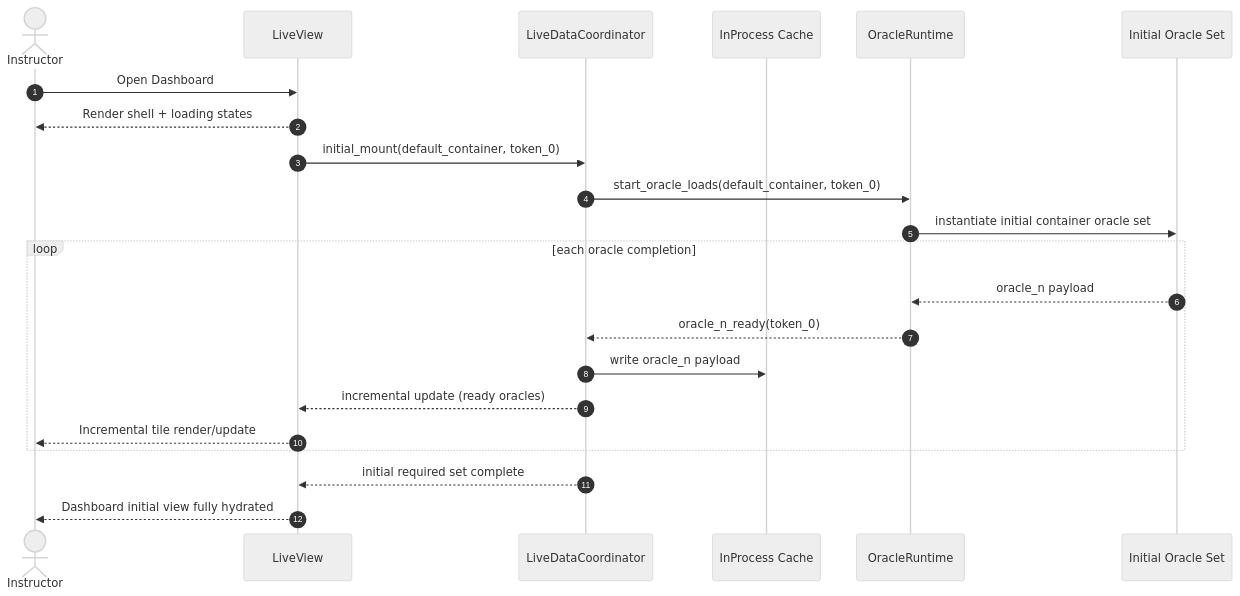
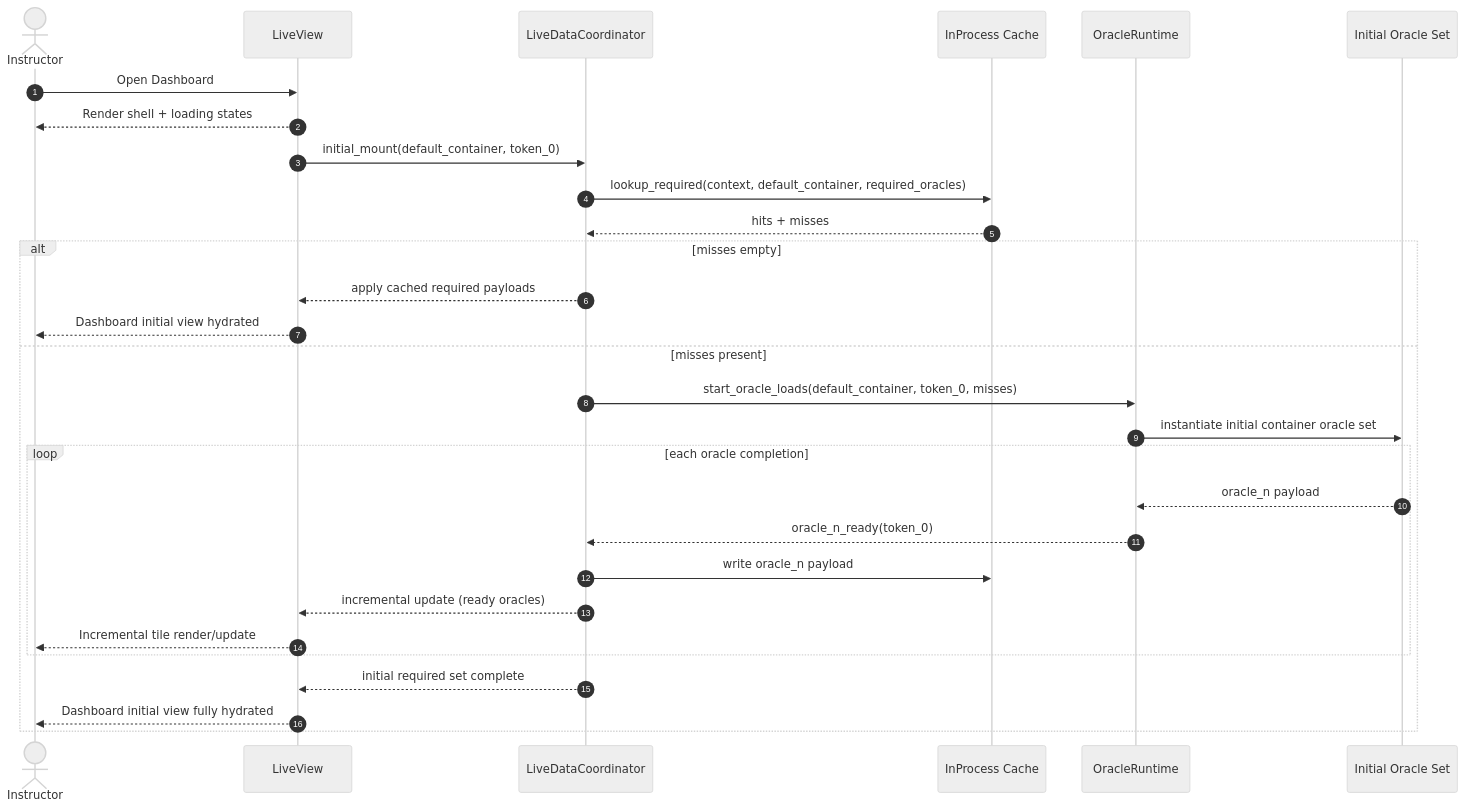
One commit to Simon-Initiative/oli-torus changed the second of 4 diagrams in docs/epics/intelligent_dashboard/edd.md. Above: the diagram before and after it, drawn with Mermaid (neutral theme). The commit also changed other lines of this file and 12 other files, not shown here.

````diff
--- a/docs/epics/intelligent_dashboard/edd.md
+++ b/docs/epics/intelligent_dashboard/edd.md
@@ -123,25 +202,32 @@
 ```mermaid
 sequenceDiagram
     autonumber
     actor U as Instructor
     participant LV as LiveView
     participant LDC as LiveDataCoordinator
     participant IPC as InProcess Cache
     participant OR as OracleRuntime
     participant O as Initial Oracle Set
 
     U->>LV: Open Dashboard
     LV-->>U: Render shell + loading states
     LV->>LDC: initial_mount(default_container, token_0)
-    LDC->>OR: start_oracle_loads(default_container, token_0)
-    OR->>O: instantiate initial container oracle set
-    loop each oracle completion
-        O-->>OR: oracle_n payload
-        OR-->>LDC: oracle_n_ready(token_0)
-        LDC->>IPC: write oracle_n payload
-        LDC-->>LV: incremental update (ready oracles)
-        LV-->>U: Incremental tile render/update
+    LDC->>IPC: lookup_required(context, default_container, required_oracles)
+    IPC-->>LDC: hits + misses
+    alt misses empty
+        LDC-->>LV: apply cached required payloads
+        LV-->>U: Dashboard initial view hydrated
+    else misses present
+        LDC->>OR: start_oracle_loads(default_container, token_0, misses)
+        OR->>O: instantiate initial container oracle set
+        loop each oracle completion
+            O-->>OR: oracle_n payload
+            OR-->>LDC: oracle_n_ready(token_0)
+            LDC->>IPC: write oracle_n payload
+            LDC-->>LV: incremental update (ready oracles)
+            LV-->>U: Incremental tile render/update
+        end
+        LDC-->>LV: initial required set complete
+        LV-->>U: Dashboard initial view fully hydrated
     end
-    LDC-->>LV: initial required set complete
-    LV-->>U: Dashboard initial view fully hydrated
 ```
````
